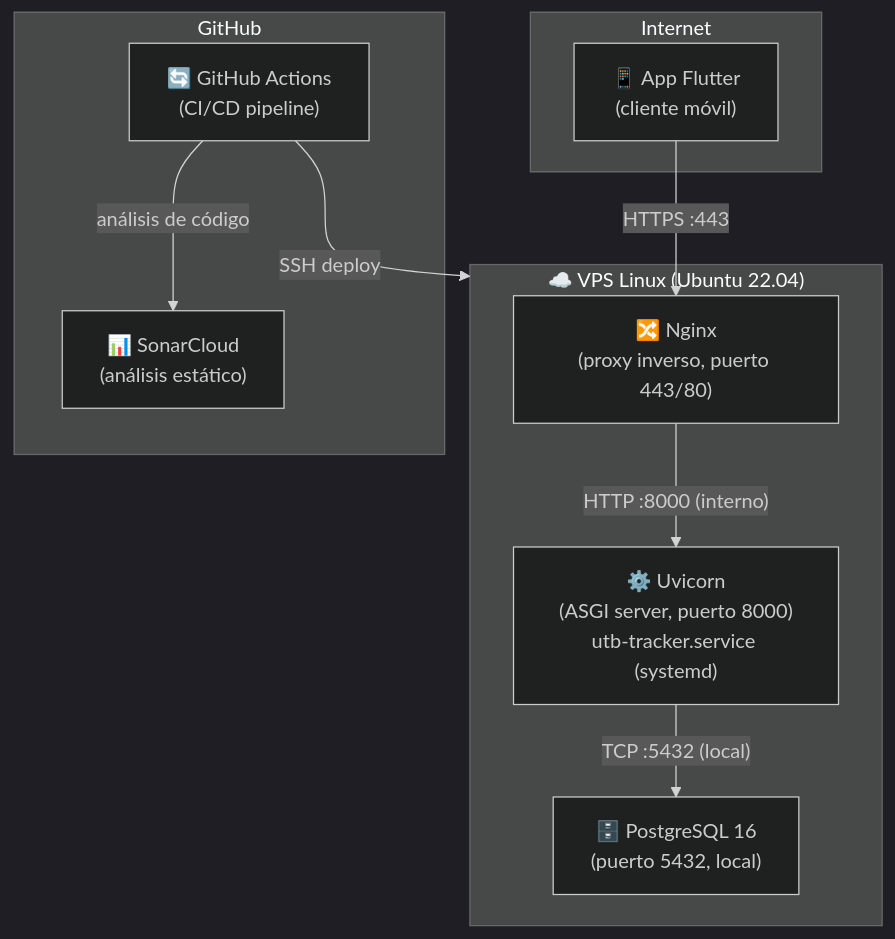
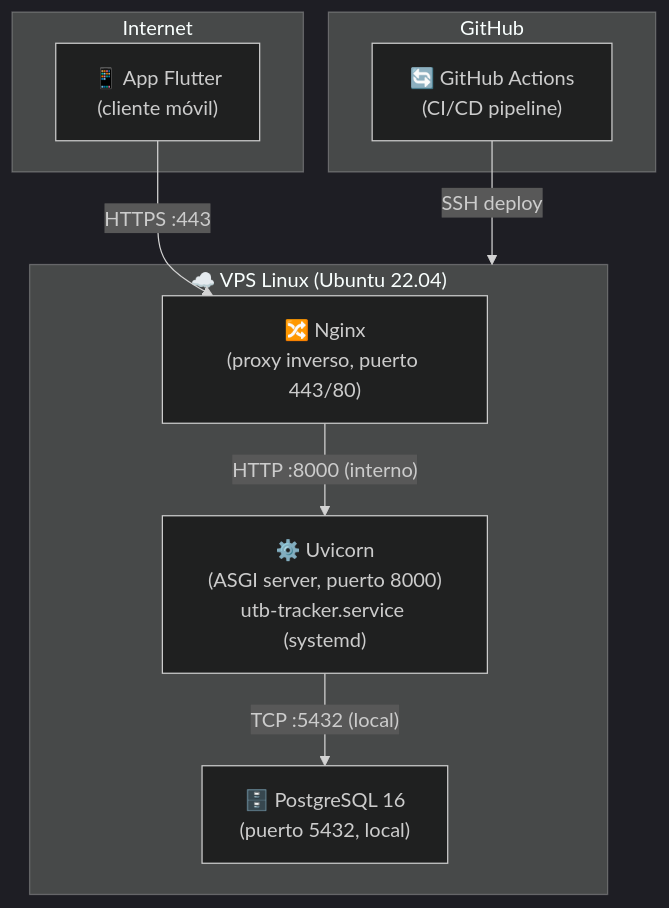
Before and after one commit to ISCOUTB/AS_202620_UTB_TRACKER: the sixth of 6 diagrams in docs/arc42/arc42.md, drawn with Mermaid (dark theme). The commit also changed other lines of this file and 2 other files, not shown here.

Commit message:
ci: remove SonarCloud credentialed analysis

````diff
--- a/docs/arc42/arc42.md
+++ b/docs/arc42/arc42.md
@@ -313,23 +313,21 @@
 ```mermaid
 graph TD
     subgraph Internet
         Mobile["📱 App Flutter\n(cliente móvil)"]
     end
 
     subgraph VPS ["☁️ VPS Linux (Ubuntu 22.04)"]
         Nginx["🔀 Nginx\n(proxy inverso, puerto 443/80)"]
         Uvicorn["⚙️ Uvicorn\n(ASGI server, puerto 8000)\nutb-tracker.service (systemd)"]
         Postgres["🗄️ PostgreSQL 16\n(puerto 5432, local)"]
     end
 
     subgraph GitHub
         CI["🔄 GitHub Actions\n(CI/CD pipeline)"]
-        SC["📊 SonarCloud\n(análisis estático)"]
     end
 
     Mobile -->|"HTTPS :443"| Nginx
     Nginx -->|"HTTP :8000 (interno)"| Uvicorn
     Uvicorn -->|"TCP :5432 (local)"| Postgres
     CI -->|"SSH deploy"| VPS
-    CI -->|"análisis de código"| SC
 ```
````
